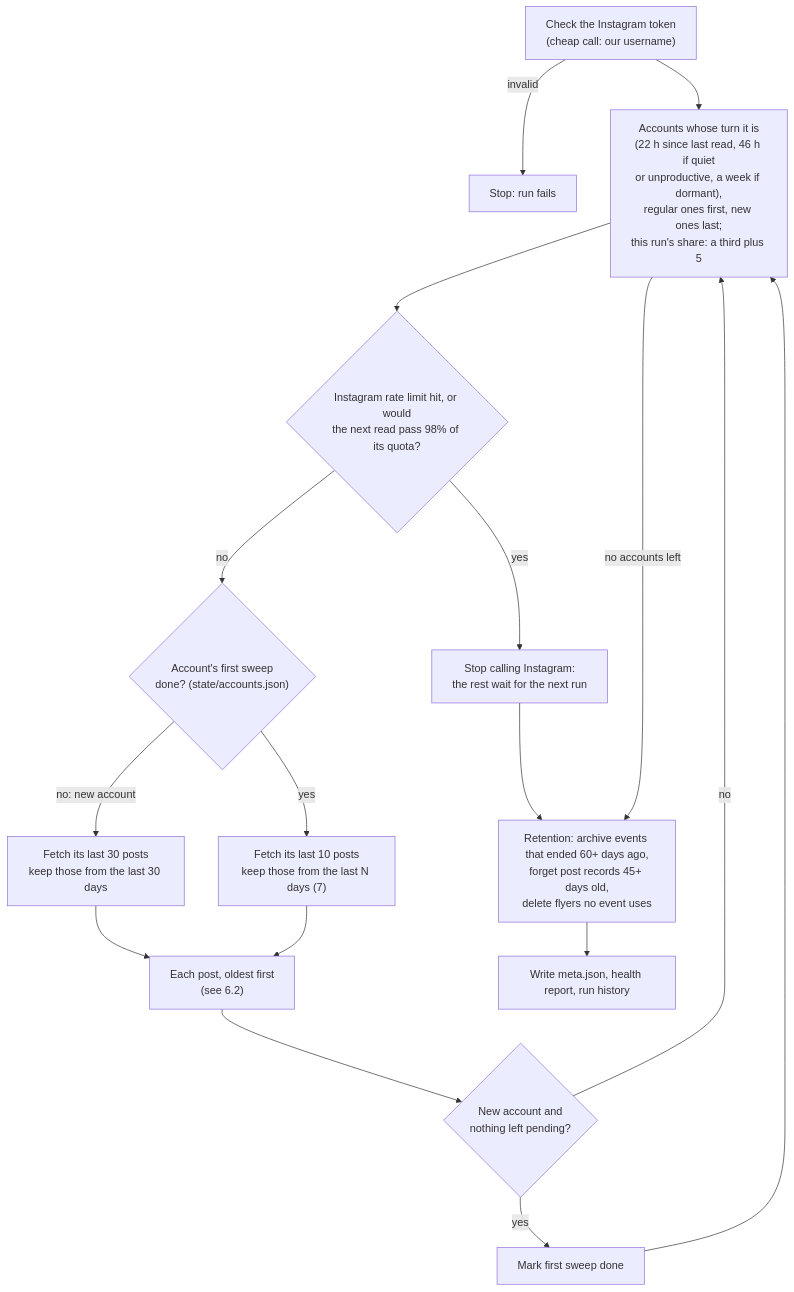
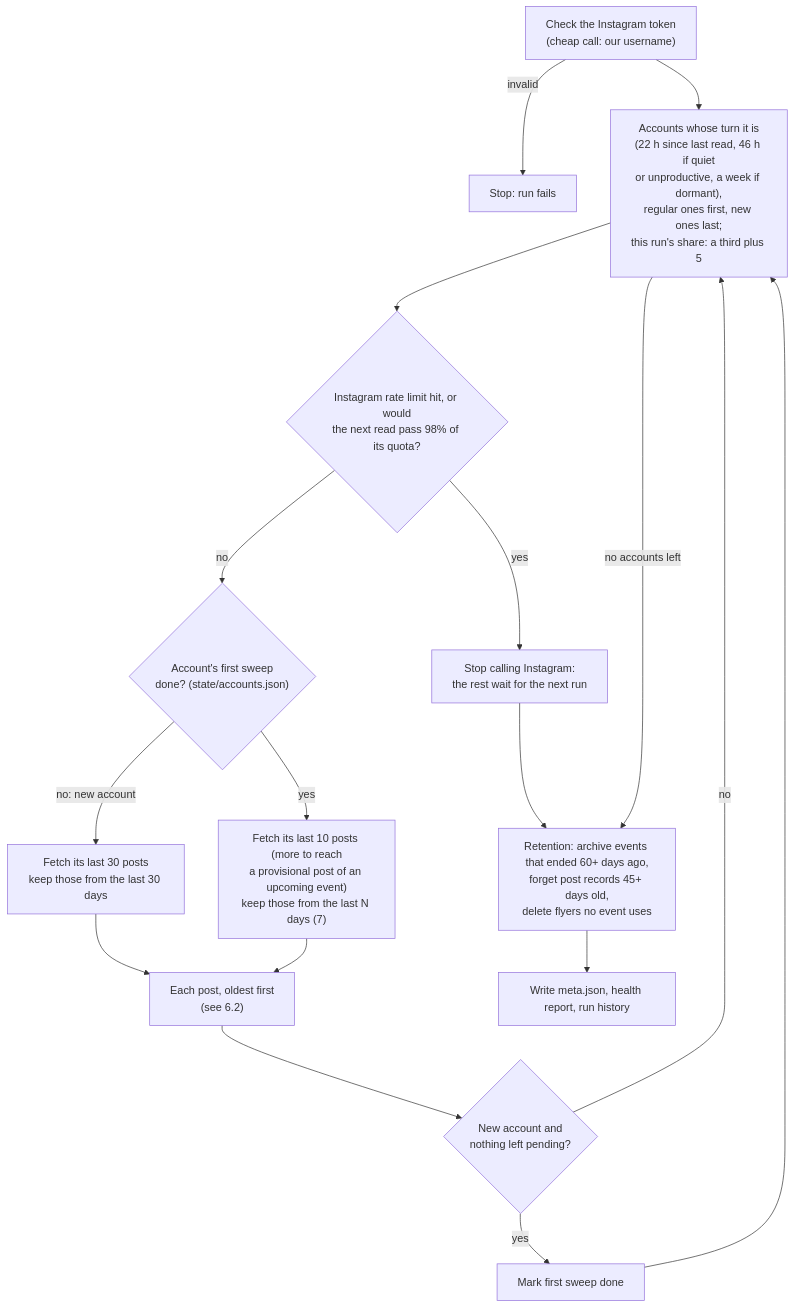
One commit to pa-bailar/backend changed the third of 12 diagrams in docs/ARCHITECTURE.md. Above: the diagram before and after it, drawn with Mermaid. The commit also changed other lines of this file and 10 other files, not shown here.

First line of the commit message:
feat(sweep): Flash upgrades provisional posts beyond the accounts' turns (#208)

````diff
--- a/docs/ARCHITECTURE.md
+++ b/docs/ARCHITECTURE.md
@@ -499,19 +503,19 @@
 ```mermaid
 flowchart TD
     A["Check the Instagram token<br/>(cheap call: our username)"] -->|invalid| X["Stop: run fails"]
     A --> B["Accounts whose turn it is<br/>(22 h since last read, 46 h if quiet<br/>or unproductive, a week if dormant),<br/>regular ones first, new ones last;<br/>this run's share: a third plus 5"]
     B --> C{"Instagram rate limit hit, or would<br/>the next read pass 98% of its quota?"}
     C -->|yes| R["Stop calling Instagram:<br/>the rest wait for the next run"]
     C -->|no| D{"Account's first sweep<br/>done? (state/accounts.json)"}
     D -->|no: new account| E["Fetch its last 30 posts<br/>keep those from the last 30 days"]
-    D -->|yes| F["Fetch its last 10 posts<br/>keep those from the last N days (7)"]
+    D -->|yes| F["Fetch its last 10 posts (more to reach<br/>a provisional post of an upcoming event)<br/>keep those from the last N days (7)"]
     E --> P["Each post, oldest first<br/>(see 6.2)"]
     F --> P
     P --> G{"New account and<br/>nothing left pending?"}
     G -->|yes| H["Mark first sweep done"]
     G -->|no| B
     H --> B
     R --> Z
     B -->|no accounts left| Z["Retention: archive events that ended 60+ days ago,<br/>forget post records 45+ days old,<br/>delete flyers no event uses"]
     Z --> M["Write meta.json, health report, run history"]
 ```
````
